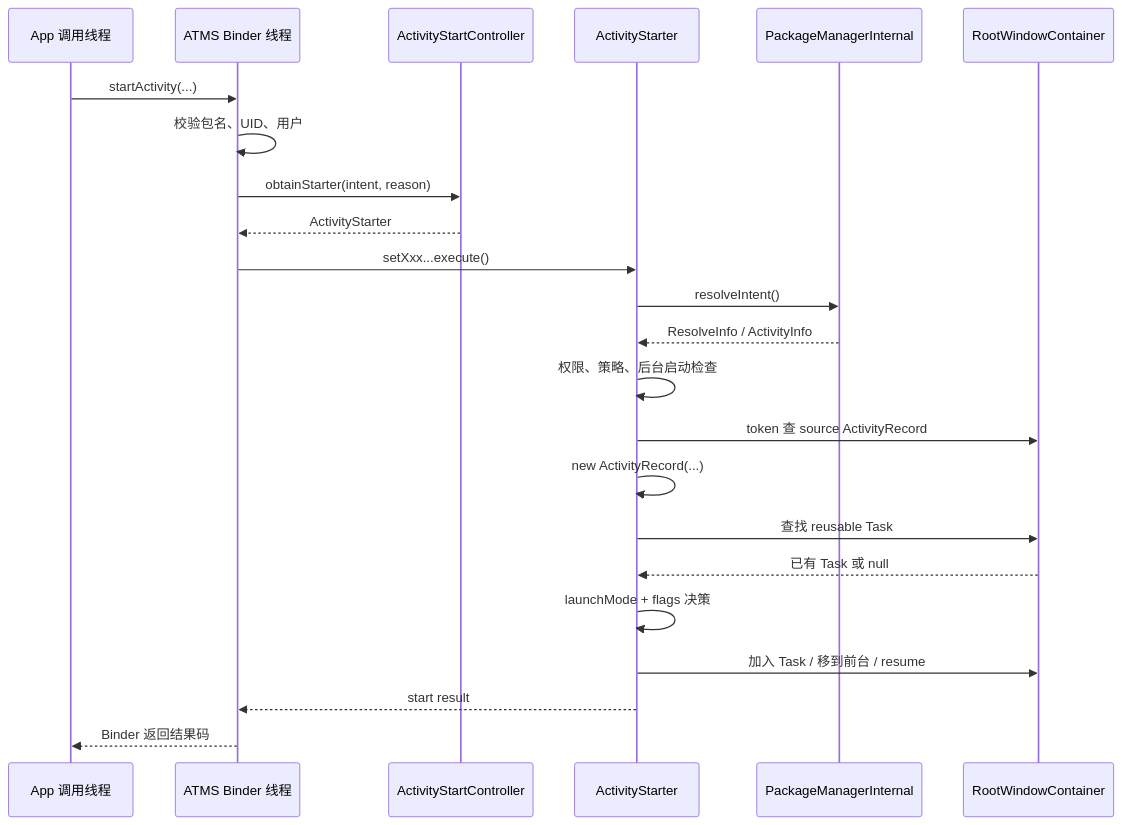
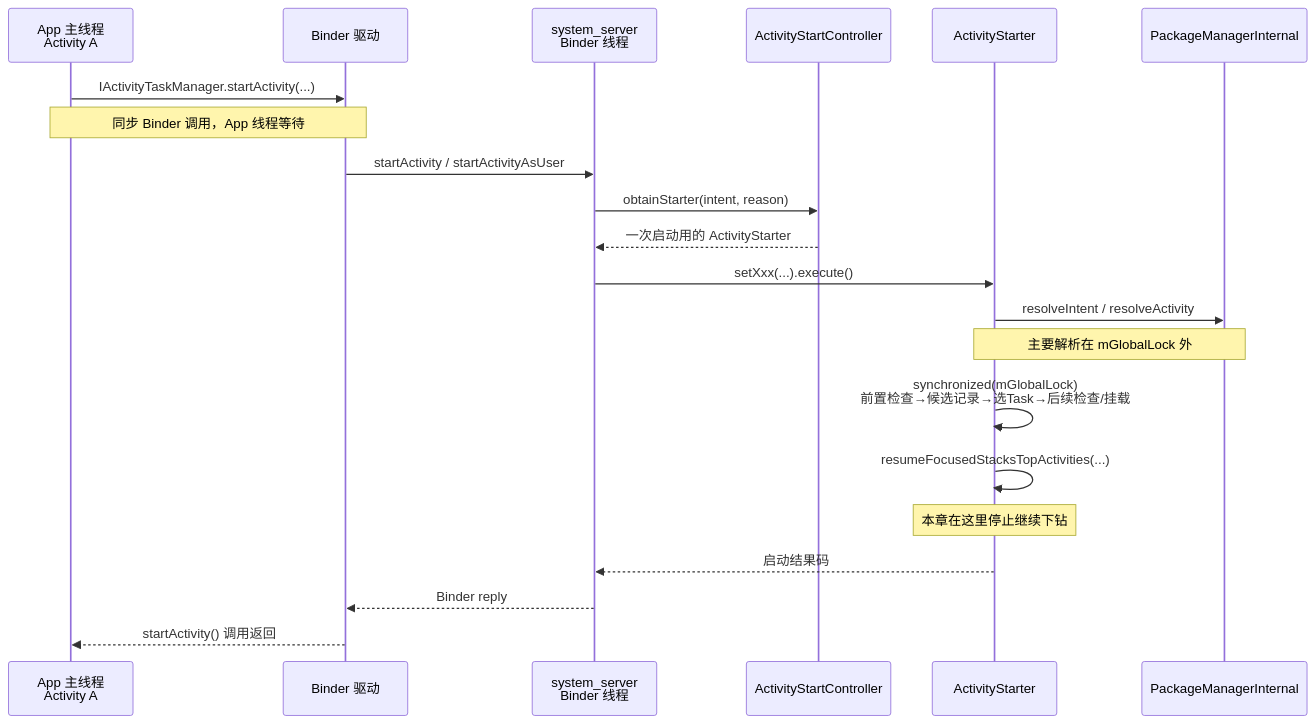
Before and after one commit to junyingzhao001/StudyNotes: the diagram in Android源码学习/09-Activity启动流程之ATMS系统端调度.md, drawn with Mermaid. The commit also changed other lines of this file and 93 other files, not shown here.

````diff
--- a/Android源码学习/09-Activity启动流程之ATMS系统端调度.md
+++ b/Android源码学习/09-Activity启动流程之ATMS系统端调度.md
@@ -932,26 +41,24 @@
 ```mermaid
 sequenceDiagram
-    participant App as App 调用线程
-    participant ATMS as ATMS Binder 线程
+    participant AM as App 主线程<br/>Activity A
+    participant BT as Binder 驱动
+    participant ATMS as system_server<br/>Binder 线程
     participant ASC as ActivityStartController
     participant AS as ActivityStarter
-    participant PMS as PackageManagerInternal
-    participant RWC as RootWindowContainer
+    participant PM as PackageManagerInternal
 
-    App->>ATMS: startActivity(...)
-    ATMS->>ATMS: 校验包名、UID、用户
+    AM->>BT: IActivityTaskManager.startActivity(...)
+    Note over AM,BT: 同步 Binder 调用，App 线程等待
+    BT->>ATMS: startActivity / startActivityAsUser
     ATMS->>ASC: obtainStarter(intent, reason)
-    ASC-->>ATMS: ActivityStarter
-    ATMS->>AS: setXxx...execute()
-    AS->>PMS: resolveIntent()
-    PMS-->>AS: ResolveInfo / ActivityInfo
-    AS->>AS: 权限、策略、后台启动检查
-    AS->>RWC: token 查 source ActivityRecord
-    AS->>AS: new ActivityRecord(...)
-    AS->>RWC: 查找 reusable Task
-    RWC-->>AS: 已有 Task 或 null
-    AS->>AS: launchMode + flags 决策
-    AS->>RWC: 加入 Task / 移到前台 / resume
-    AS-->>ATMS: start result
-    ATMS-->>App: Binder 返回结果码
+    ASC-->>ATMS: 一次启动用的 ActivityStarter
+    ATMS->>AS: setXxx(...).execute()
+    AS->>PM: resolveIntent / resolveActivity
+    Note over AS,PM: 主要解析在 mGlobalLock 外
+    AS->>AS: synchronized(mGlobalLock)<br/>前置检查→候选记录→选Task→后续检查/挂载
+    AS->>AS: resumeFocusedStacksTopActivities(...)
+    Note over AS: 本章在这里停止继续下钻
+    AS-->>ATMS: 启动结果码
+    ATMS-->>BT: Binder reply
+    BT-->>AM: startActivity() 调用返回
 ```
````
